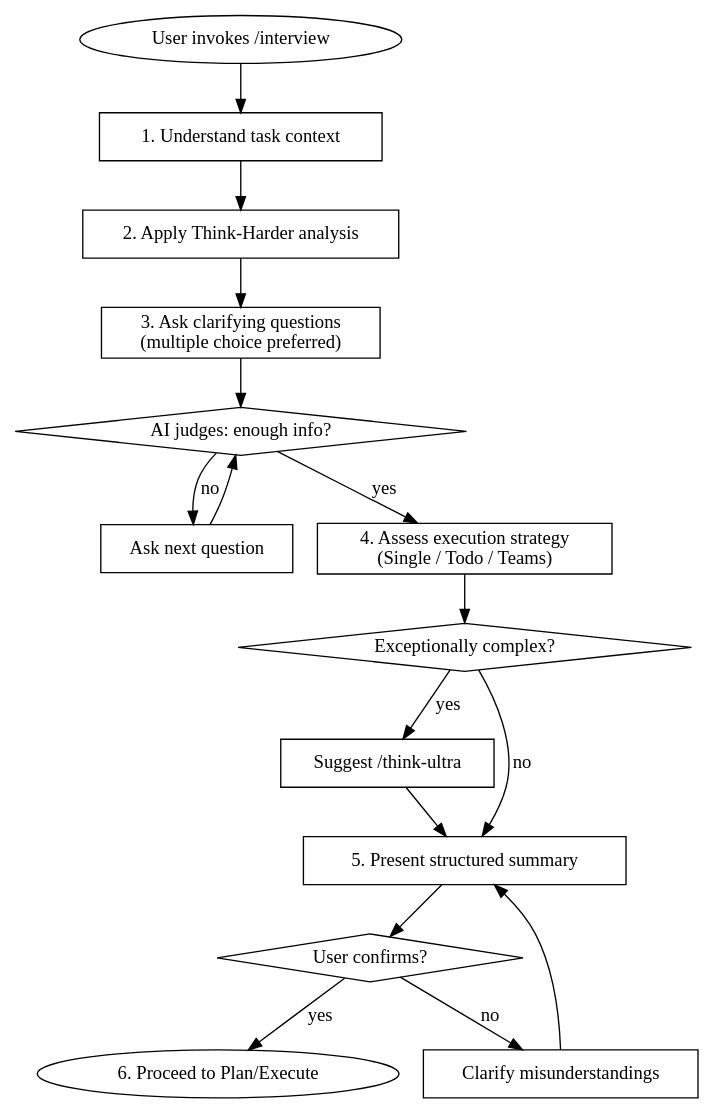
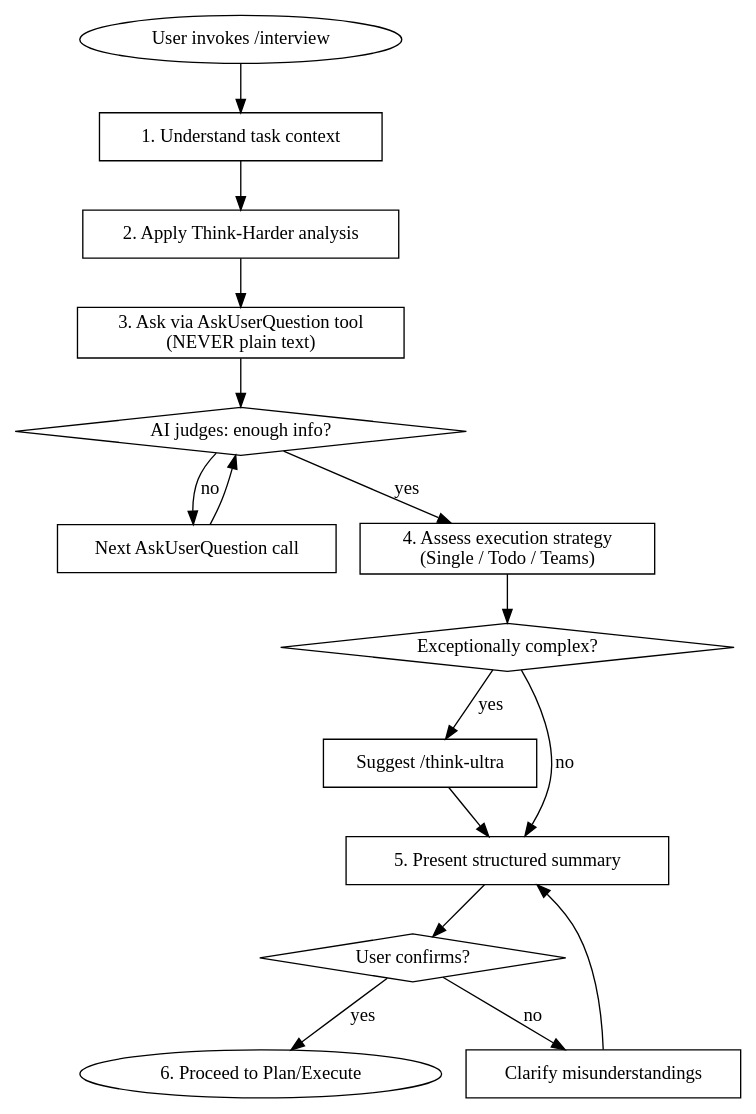
Before and after one commit to CopeeeTang/copeee-skills: the diagram in skills/interview-mode/SKILL.md, drawn with Graphviz. The commit also changed other lines of this file and 7 other files, not shown here.

First line of the commit message:
feat: Add 4 new skills + fix interview-mode AskUserQuestion trigger

````diff
--- a/skills/interview-mode/SKILL.md
+++ b/skills/interview-mode/SKILL.md
@@ -30,36 +75,36 @@
 ```dot
 digraph interview_flow {
     rankdir=TB;
     node [shape=box];
 
     start [label="User invokes /interview" shape=ellipse];
     context [label="1. Understand task context"];
     analyze [label="2. Apply Think-Harder analysis"];
-    questions [label="3. Ask clarifying questions\n(multiple choice preferred)"];
+    questions [label="3. Ask via AskUserQuestion tool\n(NEVER plain text)"];
     enough [label="AI judges: enough info?" shape=diamond];
-    more [label="Ask next question"];
+    more [label="Next AskUserQuestion call"];
     strategy [label="4. Assess execution strategy\n(Single / Todo / Teams)"];
     complex [label="Exceptionally complex?" shape=diamond];
     ultra [label="Suggest /think-ultra"];
     summary [label="5. Present structured summary"];
     confirm [label="User confirms?" shape=diamond];
     adjust [label="Clarify misunderstandings"];
     next [label="6. Proceed to Plan/Execute" shape=ellipse];
 
     start -> context;
     context -> analyze;
     analyze -> questions;
     questions -> enough;
     enough -> more [label="no"];
     more -> enough;
     enough -> strategy [label="yes"];
     strategy -> complex;
     complex -> ultra [label="yes"];
     complex -> summary [label="no"];
     ultra -> summary;
     summary -> confirm;
     confirm -> adjust [label="no"];
     adjust -> summary;
     confirm -> next [label="yes"];
 }
 ```
````
